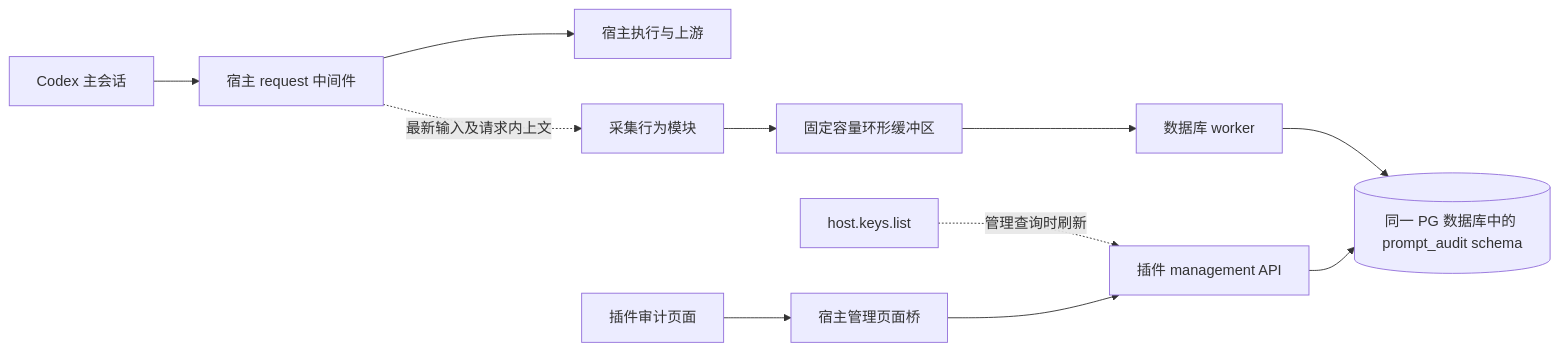
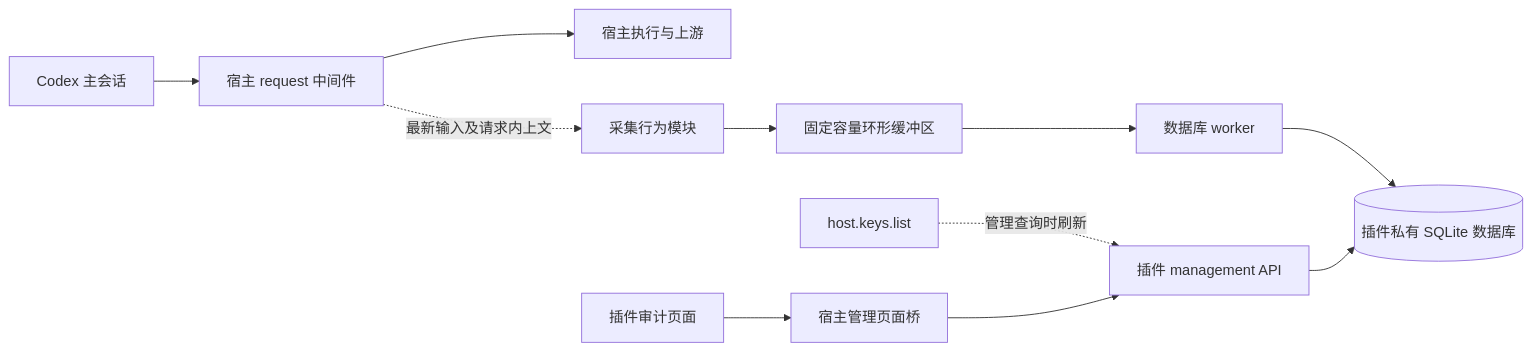
Before and after one commit to huweiATgithub/codex-proxy-audit: the diagram in docs/design.md, drawn with Mermaid. The commit also changed other lines of this file and 33 other files, not shown here.

First line of the commit message:
feat: release private SQLite audit storage in v0.1.9

````diff
--- a/docs/design.md
+++ b/docs/design.md
@@ -9,13 +9,13 @@
 ```mermaid
 flowchart LR
     C[Codex 主会话] --> H[宿主 request 中间件]
     H --> U[宿主执行与上游]
     H -. 最新输入及请求内上文 .-> A[采集行为模块]
     A --> Q[固定容量环形缓冲区]
     Q --> W[数据库 worker]
-    W --> P[(同一 PG 数据库中的 prompt_audit schema)]
+    W --> P[(插件私有 SQLite 数据库)]
     K[host.keys.list] -. 管理查询时刷新 .-> M
     UI[插件审计页面] --> B[宿主管理页面桥]
     B --> M[插件 management API]
     M --> P
 ```
````
